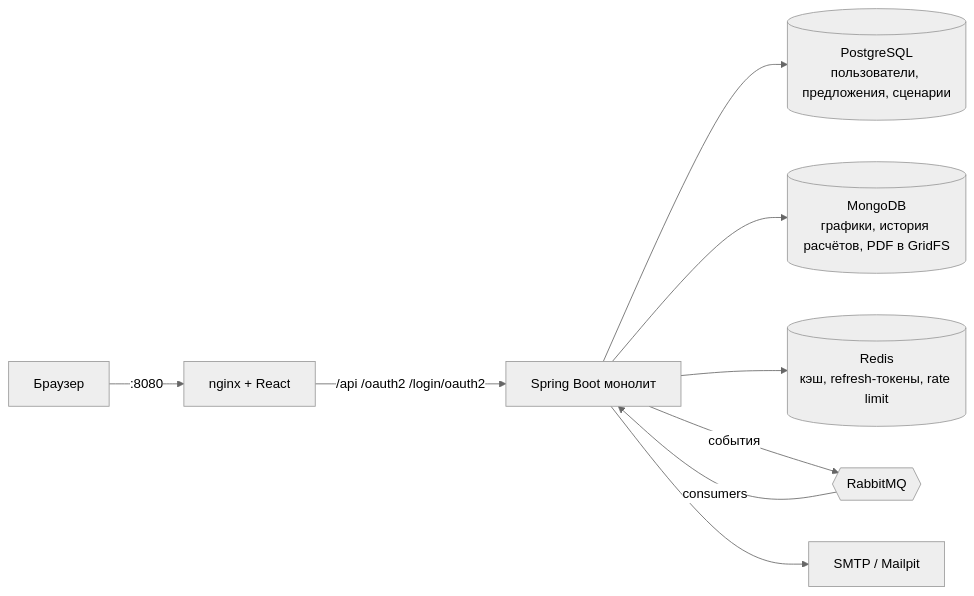
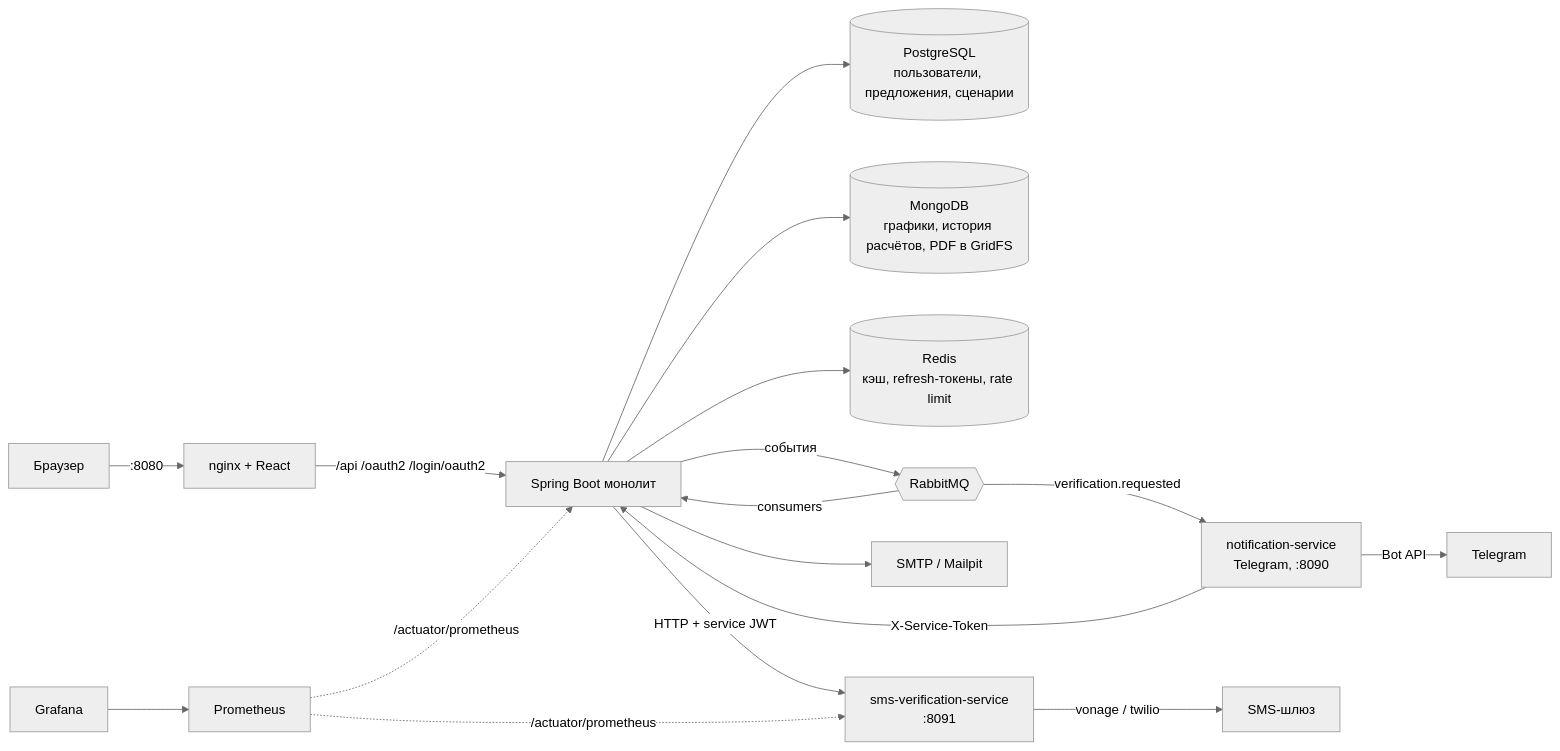
The diagram in README.md (Ratila1/mortgage-planner), drawn with Mermaid (neutral theme) before and after one commit. The commit also changed other lines of this file and 1 other file, not shown here.

First line of the commit message:
docs: describe SMS and notification services, cooldown and monitoring

````diff
--- a/README.md
+++ b/README.md
@@ -129,11 +155,19 @@
 ```mermaid
 flowchart LR
   U[Браузер] -->|:8080| N[nginx + React]
   N -->|/api /oauth2 /login/oauth2| API[Spring Boot монолит]
   API --> PG[(PostgreSQL<br/>пользователи, предложения, сценарии)]
   API --> MG[(MongoDB<br/>графики, история расчётов, PDF в GridFS)]
   API --> RD[(Redis<br/>кэш, refresh-токены, rate limit)]
   API -->|события| MQ{{RabbitMQ}}
   MQ -->|consumers| API
+  MQ -->|verification.requested| NS[notification-service<br/>Telegram, :8090]
+  NS -->|Bot API| TG[Telegram]
+  NS -->|X-Service-Token| API
   API --> SMTP[SMTP / Mailpit]
+  API -->|HTTP + service JWT| SMS[sms-verification-service<br/>:8091]
+  SMS -->|vonage / twilio| GW[SMS-шлюз]
+  PROM[Prometheus] -.->|/actuator/prometheus| API
+  PROM -.->|/actuator/prometheus| SMS
+  GR[Grafana] --> PROM
 ```
````
